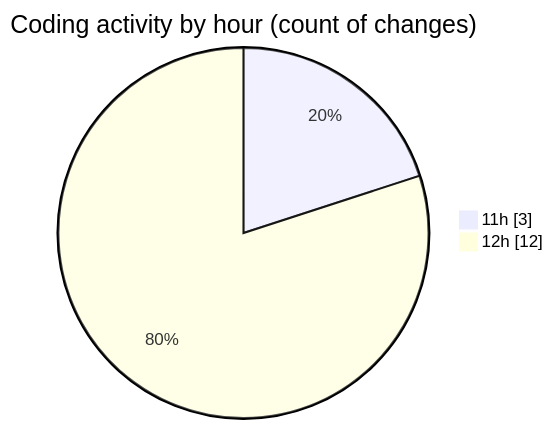
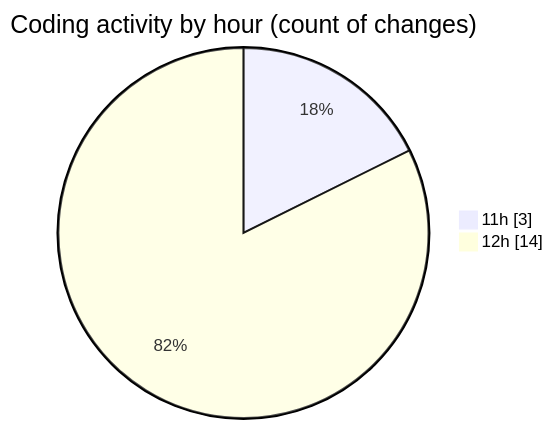
Before and after one commit to nxtqubesakshisongat/code-tracking: the second of 2 diagrams in 2026-01-06/nxtqube_webapp/README.md, drawn with Mermaid. The commit also changed other lines of this file and 1 other file, not shown here.

````diff
--- a/2026-01-06/nxtqube_webapp/README.md
+++ b/2026-01-06/nxtqube_webapp/README.md
@@ -29,6 +29,6 @@
 ```mermaid
 pie showData
 title Coding activity by hour (count of changes)
 "11h" : 3
-"12h" : 12
+"12h" : 14
 ```
````
